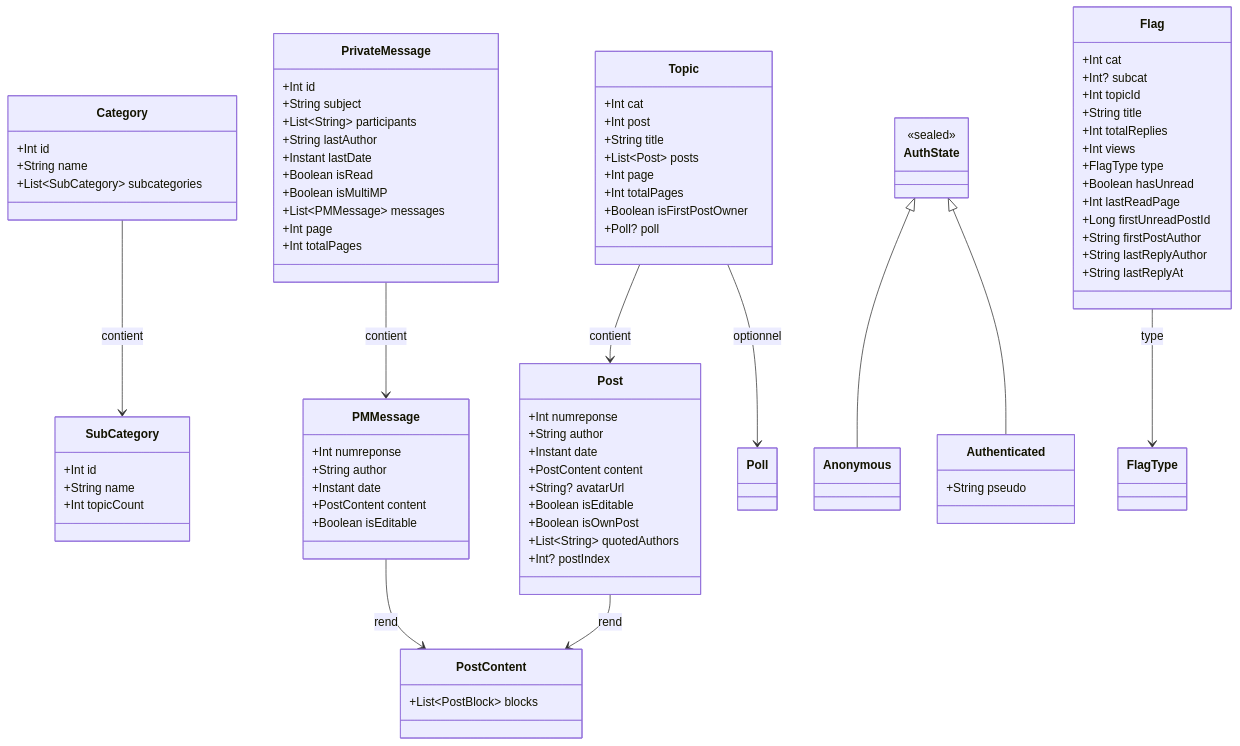
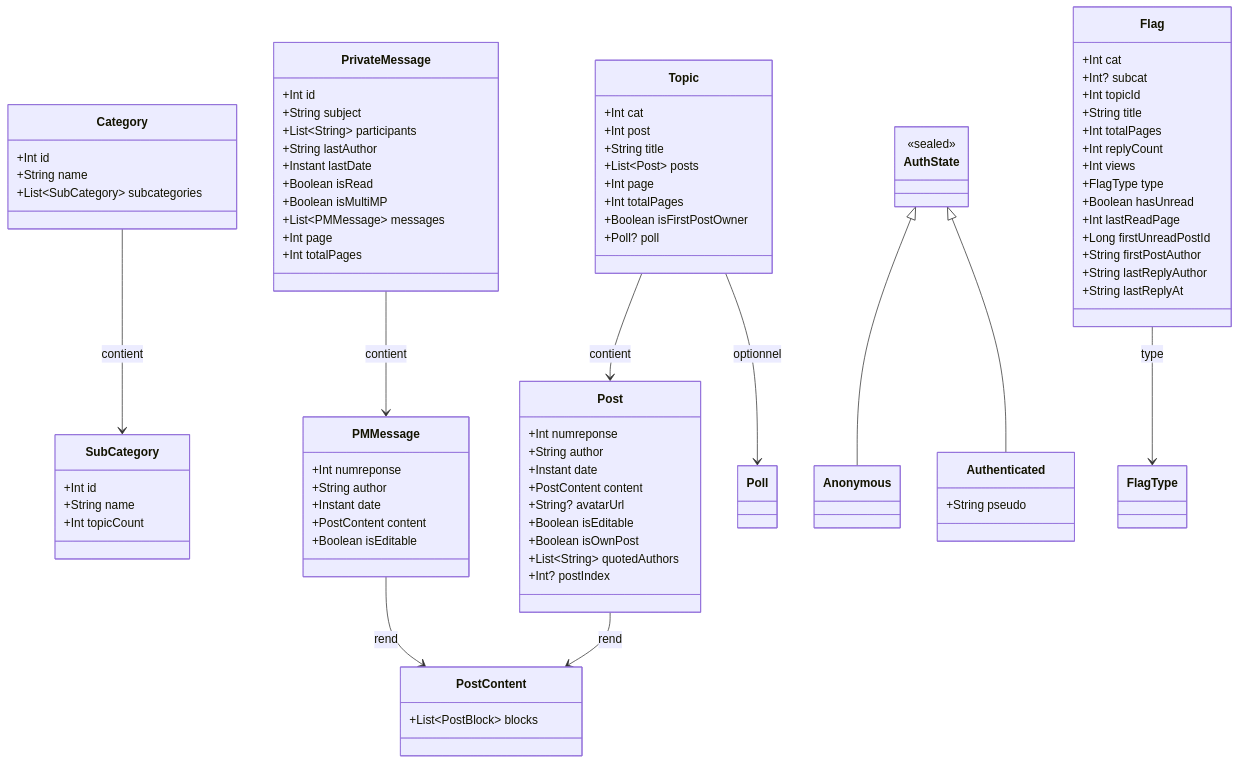
The diagram in docs/specs/models.md (ForumHFR/redface2), drawn with Mermaid before and after one commit. The commit also changed other lines of this file and 16 other files, not shown here.

```diff
--- a/docs/specs/models.md
+++ b/docs/specs/models.md
@@ -35,7 +35,8 @@
         +Int? subcat
         +Int topicId
         +String title
-        +Int totalReplies
+        +Int totalPages
+        +Int replyCount
         +Int views
         +FlagType type
         +Boolean hasUnread
```
